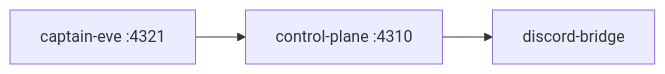
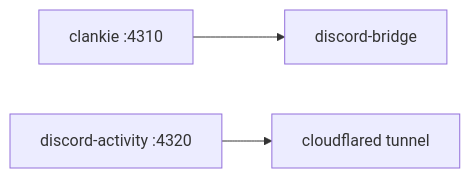
The diagram in apps/tui/README.md (Volpestyle/clankie), drawn with Mermaid before and after one commit. The commit also changed other lines of this file and 40 other files, not shown here.

````diff
--- a/apps/tui/README.md
+++ b/apps/tui/README.md
@@ -69,4 +46,5 @@
 ```mermaid
 flowchart LR
-  captain["captain-eve :4321"] --> cp["control-plane :4310"] --> bridge["discord-bridge"]
+  clankie["clankie :4310"] --> bridge["discord-bridge"]
+  activity["discord-activity :4320"] --> tunnel["cloudflared tunnel"]
 ```
````
